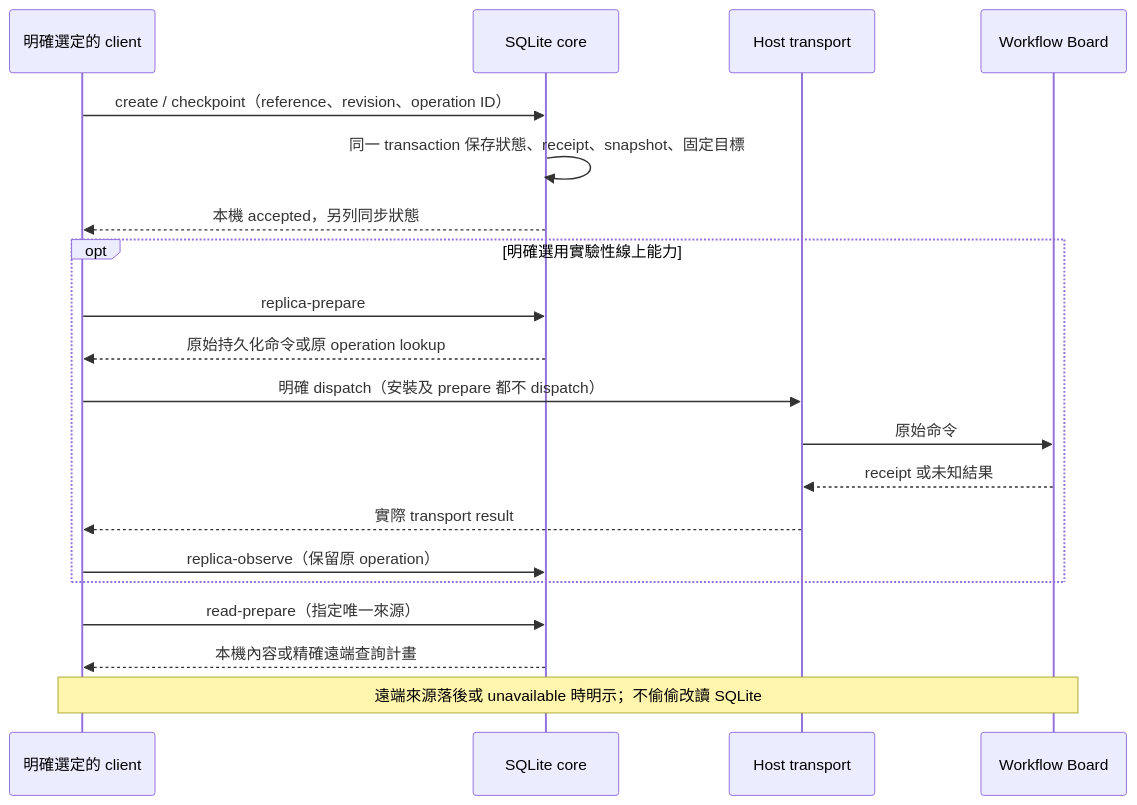
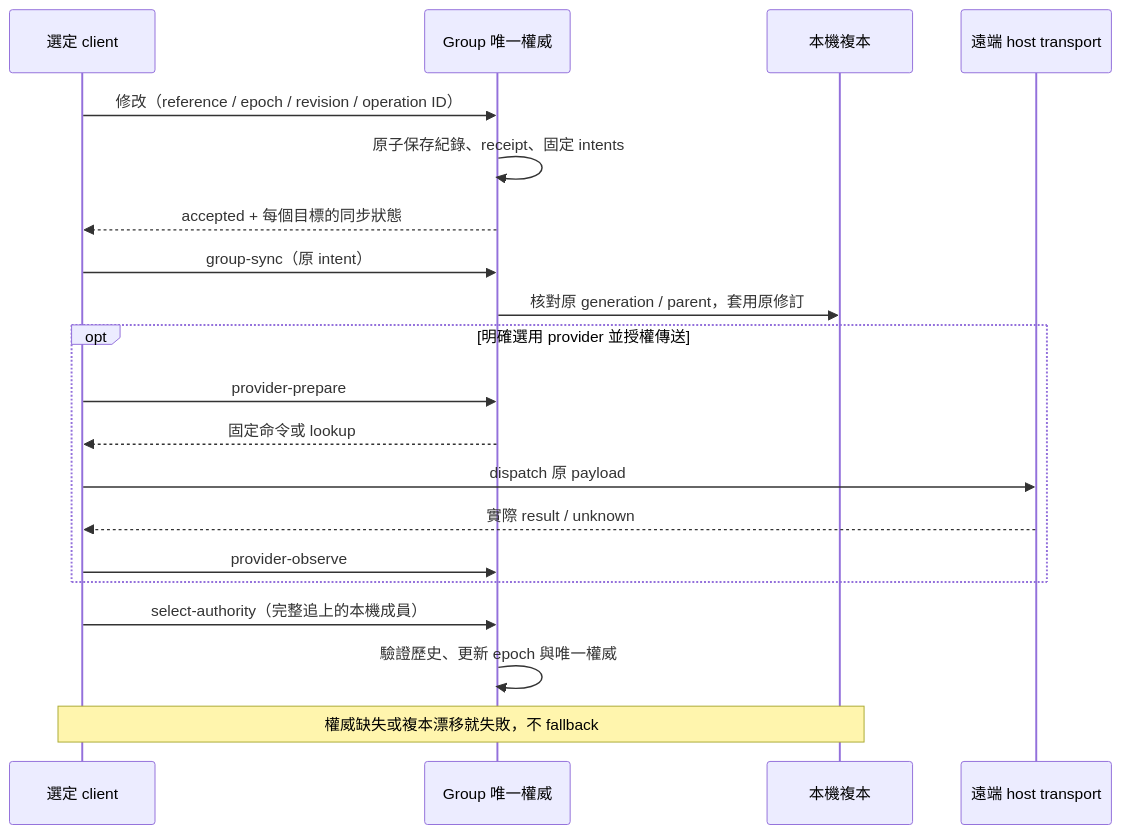
Before and after one commit to YuChia-Wei/ai-collaboration-framework: the second of 2 diagrams in docs/workflow-module-map.md, drawn with Mermaid. The commit also changed other lines of this file and 53 other files, not shown here.

````diff
--- a/docs/workflow-module-map.md
+++ b/docs/workflow-module-map.md
@@ -57,22 +49,22 @@
 ```mermaid
 sequenceDiagram
-  participant Client as 明確選定的 client
-  participant Core as SQLite core
-  participant Host as Host transport
-  participant Board as Workflow Board
-  Client->>Core: create / checkpoint（reference、revision、operation ID）
-  Core->>Core: 同一 transaction 保存狀態、receipt、snapshot、固定目標
-  Core-->>Client: 本機 accepted，另列同步狀態
-  opt 明確選用實驗性線上能力
-    Client->>Core: replica-prepare
-    Core-->>Client: 原始持久化命令或原 operation lookup
-    Client->>Host: 明確 dispatch（安裝及 prepare 都不 dispatch）
-    Host->>Board: 原始命令
-    Board-->>Host: receipt 或未知結果
-    Host-->>Client: 實際 transport result
-    Client->>Core: replica-observe（保留原 operation）
+  participant Client as 選定 client
+  participant Authority as Group 唯一權威
+  participant Local as 本機複本
+  participant Host as 遠端 host transport
+  Client->>Authority: 修改（reference / epoch / revision / operation ID）
+  Authority->>Authority: 原子保存紀錄、receipt、固定 intents
+  Authority-->>Client: accepted + 每個目標的同步狀態
+  Client->>Authority: group-sync（原 intent）
+  Authority->>Local: 核對原 generation / parent，套用原修訂
+  opt 明確選用 provider 並授權傳送
+    Client->>Authority: provider-prepare
+    Authority-->>Client: 固定命令或 lookup
+    Client->>Host: dispatch 原 payload
+    Host-->>Client: 實際 result / unknown
+    Client->>Authority: provider-observe
   end
-  Client->>Core: read-prepare（指定唯一來源）
-  Core-->>Client: 本機內容或精確遠端查詢計畫
-  Note over Client,Board: 遠端來源落後或 unavailable 時明示；不偷偷改讀 SQLite
+  Client->>Authority: select-authority（完整追上的本機成員）
+  Authority->>Authority: 驗證歷史、更新 epoch 與唯一權威
+  Note over Client,Local: 權威缺失或複本漂移就失敗，不 fallback
 ```
````
